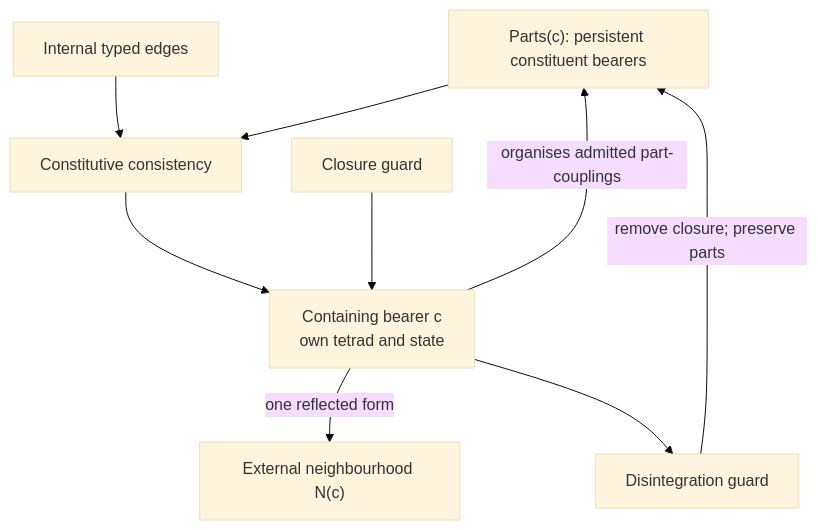
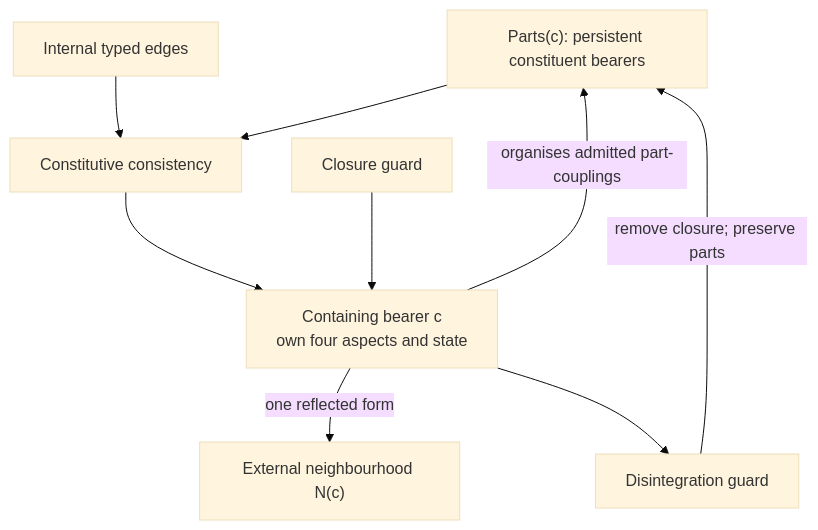
Before and after one commit to raghavamohan/AnalyticMadhyasthDarshan: the fifth of 7 diagrams in Studies/A-State-Dynamic-Model-Of-Coexistence/A-State-Dynamic-Model-Of-Coexistence.md, drawn with Mermaid (base theme). The commit also changed other lines of this file and 9 other files, not shown here.

````diff
--- a/Studies/A-State-Dynamic-Model-Of-Coexistence/A-State-Dynamic-Model-Of-Coexistence.md
+++ b/Studies/A-State-Dynamic-Model-Of-Coexistence/A-State-Dynamic-Model-Of-Coexistence.md
@@ -384,11 +382,11 @@
 ```mermaid
 flowchart TB
     PARTS["Parts(c): persistent constituent bearers"] --> CONS["Constitutive consistency"]
     INTERNAL["Internal typed edges"] --> CONS
-    CONS --> WHOLE["Containing bearer c<br/>own tetrad and state"]
+    CONS --> WHOLE["Containing bearer c<br/>own four aspects and state"]
     WHOLE -->|"organises admitted part-couplings"| PARTS
     WHOLE -->|"one reflected form"| EXTERNAL["External neighbourhood N(c)"]
     GUARD["Closure guard"] --> WHOLE
     WHOLE --> DIS["Disintegration guard"]
     DIS -->|"remove closure; preserve parts"| PARTS
 ```
````
